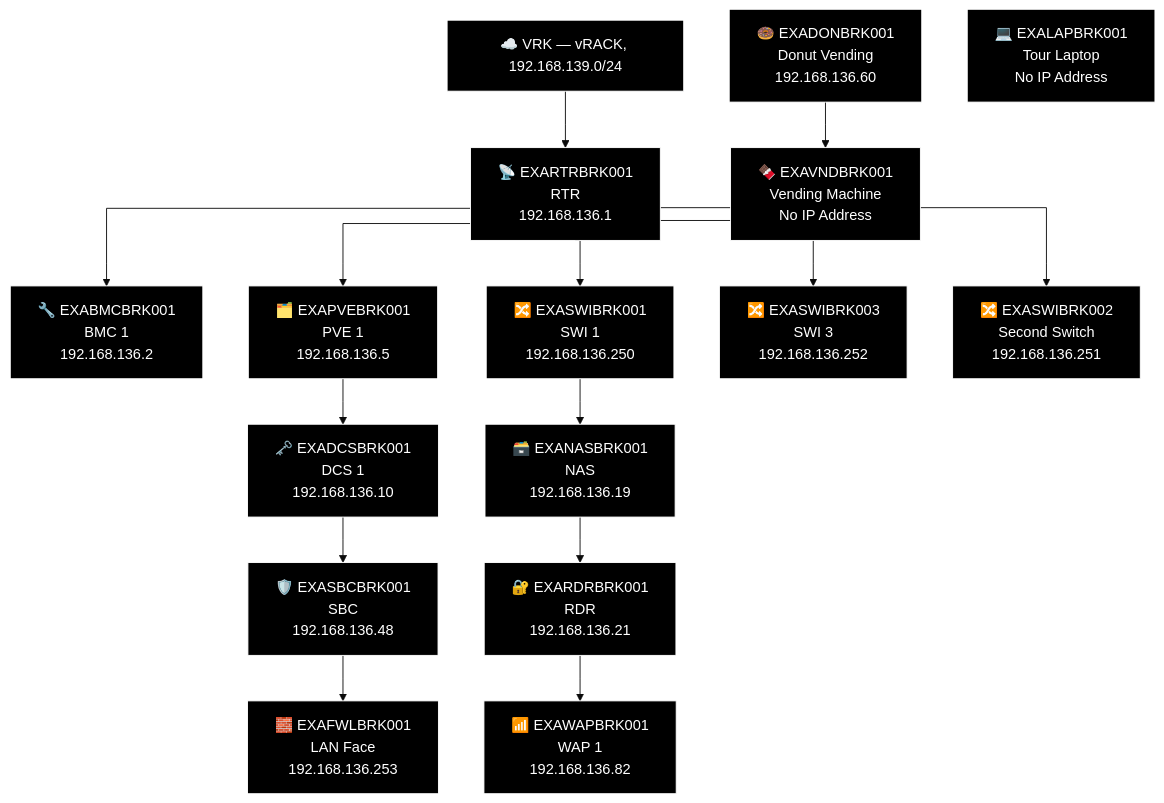
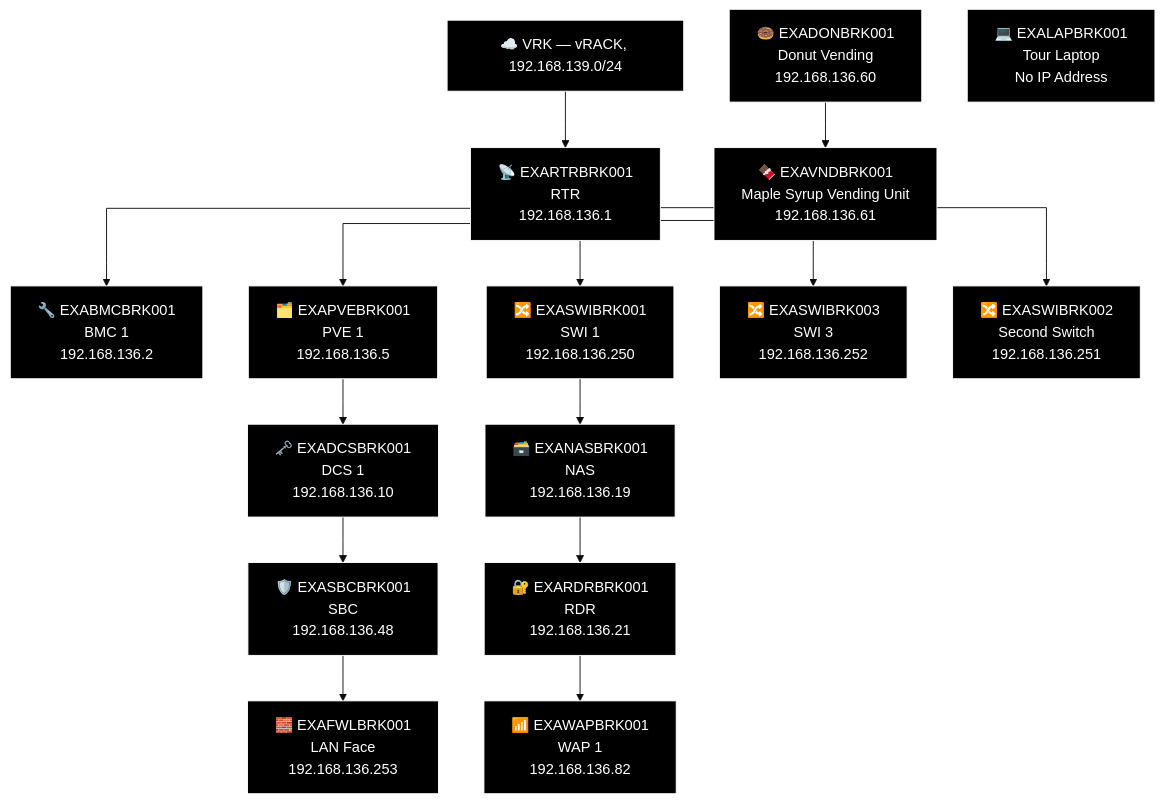
Before and after one commit to knightmare2600/example_music_infra: the third of 9 diagrams in docs/network-diagram/canada.md, drawn with Mermaid (base theme). The commit also changed 6 other files, not shown here.

````diff
--- a/docs/network-diagram/canada.md
+++ b/docs/network-diagram/canada.md
@@ -134,47 +134,47 @@
 ```mermaid
 %% GENERATED:TOPOLOGY:BRK:START
 %%{init: {'flowchart': {'curve': 'stepAfter'}}}%%
 graph TD
     T_VRK["☁️ VRK — vRACK, 192.168.139.0/24"]
     T_RTR["📡 EXARTRBRK001<br/>RTR<br/>192.168.136.1"]
     T_VRK --> T_RTR
     T_BMC["🔧 EXABMCBRK001<br/>BMC 1<br/>192.168.136.2"]
     T_RTR --> T_BMC
     T_PVE["🗂️ EXAPVEBRK001<br/>PVE 1<br/>192.168.136.5"]
     T_RTR --> T_PVE
     T_SWI["🔀 EXASWIBRK001<br/>SWI 1<br/>192.168.136.250"]
     T_RTR --> T_SWI
     T_SWI2["🔀 EXASWIBRK003<br/>SWI 3<br/>192.168.136.252"]
     T_RTR --> T_SWI2
     T_SWI3["🔀 EXASWIBRK002<br/>Second Switch<br/>192.168.136.251"]
     T_RTR --> T_SWI3
     T_NAS["🗃️ EXANASBRK001<br/>NAS<br/>192.168.136.19"]
     T_RDR["🔐 EXARDRBRK001<br/>RDR<br/>192.168.136.21"]
     T_WAP["📶 EXAWAPBRK001<br/>WAP 1<br/>192.168.136.82"]
     T_SWI --> T_NAS --> T_RDR --> T_WAP
     T_DCS["🗝️ EXADCSBRK001<br/>DCS 1<br/>192.168.136.10"]
     T_SBC["🛡️ EXASBCBRK001<br/>SBC<br/>192.168.136.48"]
     T_FWL["🧱 EXAFWLBRK001<br/>LAN Face<br/>192.168.136.253"]
     T_PVE --> T_DCS --> T_SBC --> T_FWL
     T_DON["🍩 EXADONBRK001<br/>Donut Vending<br/>192.168.136.60"]
     T_LAP["💻 EXALAPBRK001<br/>Tour Laptop<br/>No IP Address"]
-    T_VND["🍫 EXAVNDBRK001<br/>Vending Machine<br/>No IP Address"]
+    T_VND["🍫 EXAVNDBRK001<br/>Maple Syrup Vending Unit<br/>192.168.136.61"]
     T_DON --> T_VND
     style T_VRK fill:#000000,stroke:#FFFFFF,color:#FFFFFF
     style T_RTR fill:#000000,stroke:#FFFFFF,color:#FFFFFF
     style T_BMC fill:#000000,stroke:#FFFFFF,color:#FFFFFF
     style T_PVE fill:#000000,stroke:#FFFFFF,color:#FFFFFF
     style T_SWI fill:#000000,stroke:#FFFFFF,color:#FFFFFF
     style T_SWI2 fill:#000000,stroke:#FFFFFF,color:#FFFFFF
     style T_SWI3 fill:#000000,stroke:#FFFFFF,color:#FFFFFF
     style T_NAS fill:#000000,stroke:#FFFFFF,color:#FFFFFF
     style T_RDR fill:#000000,stroke:#FFFFFF,color:#FFFFFF
     style T_WAP fill:#000000,stroke:#FFFFFF,color:#FFFFFF
     style T_DCS fill:#000000,stroke:#FFFFFF,color:#FFFFFF
     style T_SBC fill:#000000,stroke:#FFFFFF,color:#FFFFFF
     style T_FWL fill:#000000,stroke:#FFFFFF,color:#FFFFFF
     style T_DON fill:#000000,stroke:#FFFFFF,color:#FFFFFF
     style T_LAP fill:#000000,stroke:#FFFFFF,color:#FFFFFF
     style T_VND fill:#000000,stroke:#FFFFFF,color:#FFFFFF
 %% GENERATED:TOPOLOGY:BRK:END
 ```
````
